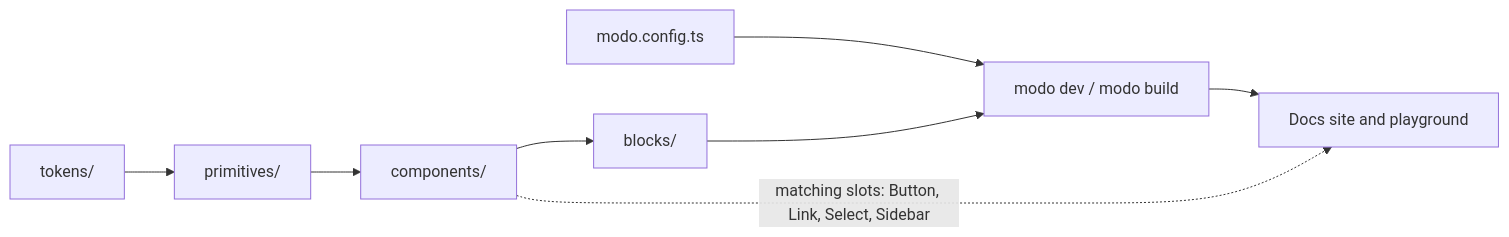
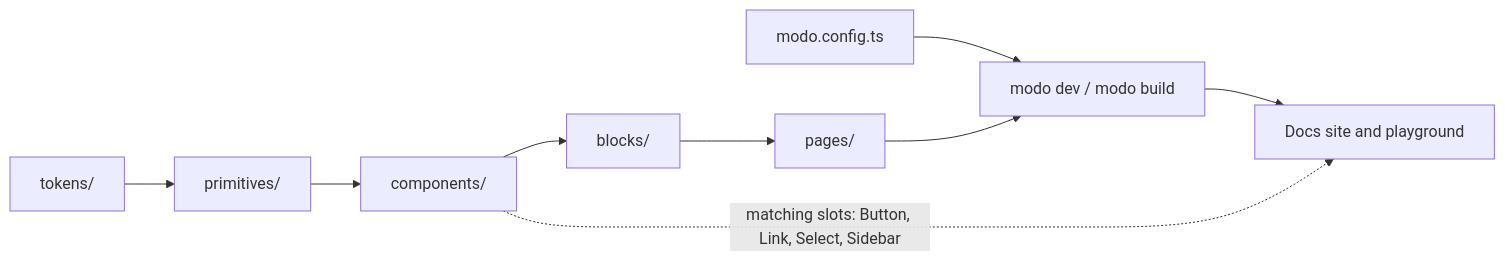
Before and after one commit to justAnArthur/modo: the diagram in README.md, drawn with Mermaid. The commit also changed other lines of this file and 1 other file, not shown here.

Commit message:
docs(lib): canvas and pages tier in the READMEs

````diff
--- a/README.md
+++ b/README.md
@@ -61,8 +62,8 @@
 ```mermaid
 flowchart LR
-  T[tokens/] --> P[primitives/] --> C[components/] --> B[blocks/]
+  T[tokens/] --> P[primitives/] --> C[components/] --> B[blocks/] --> PG[pages/]
   CFG[modo.config.ts] --> M[modo dev / modo build]
-  B --> M
+  PG --> M
   M --> S[Docs site and playground]
   C -. matching slots: Button, Link, Select, Sidebar .-> S
 ```
````
